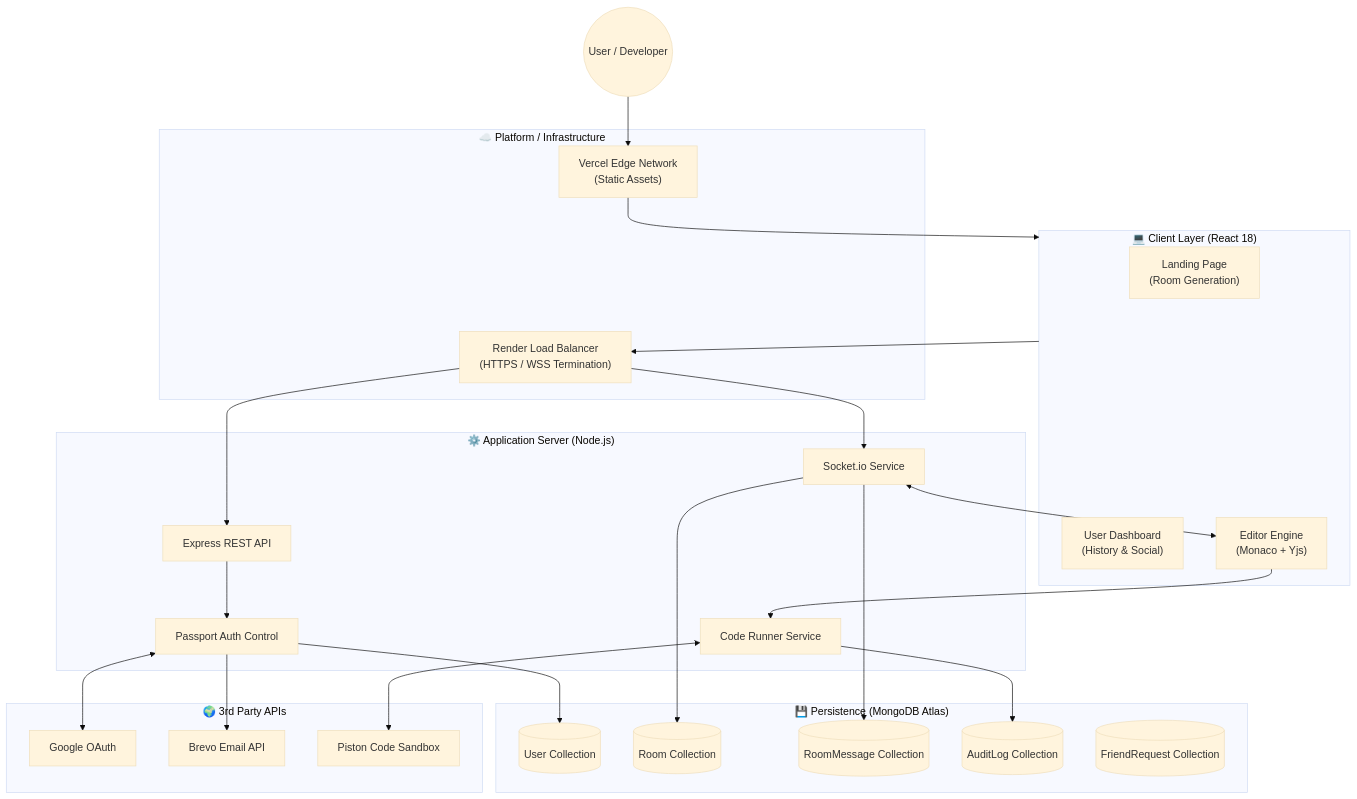
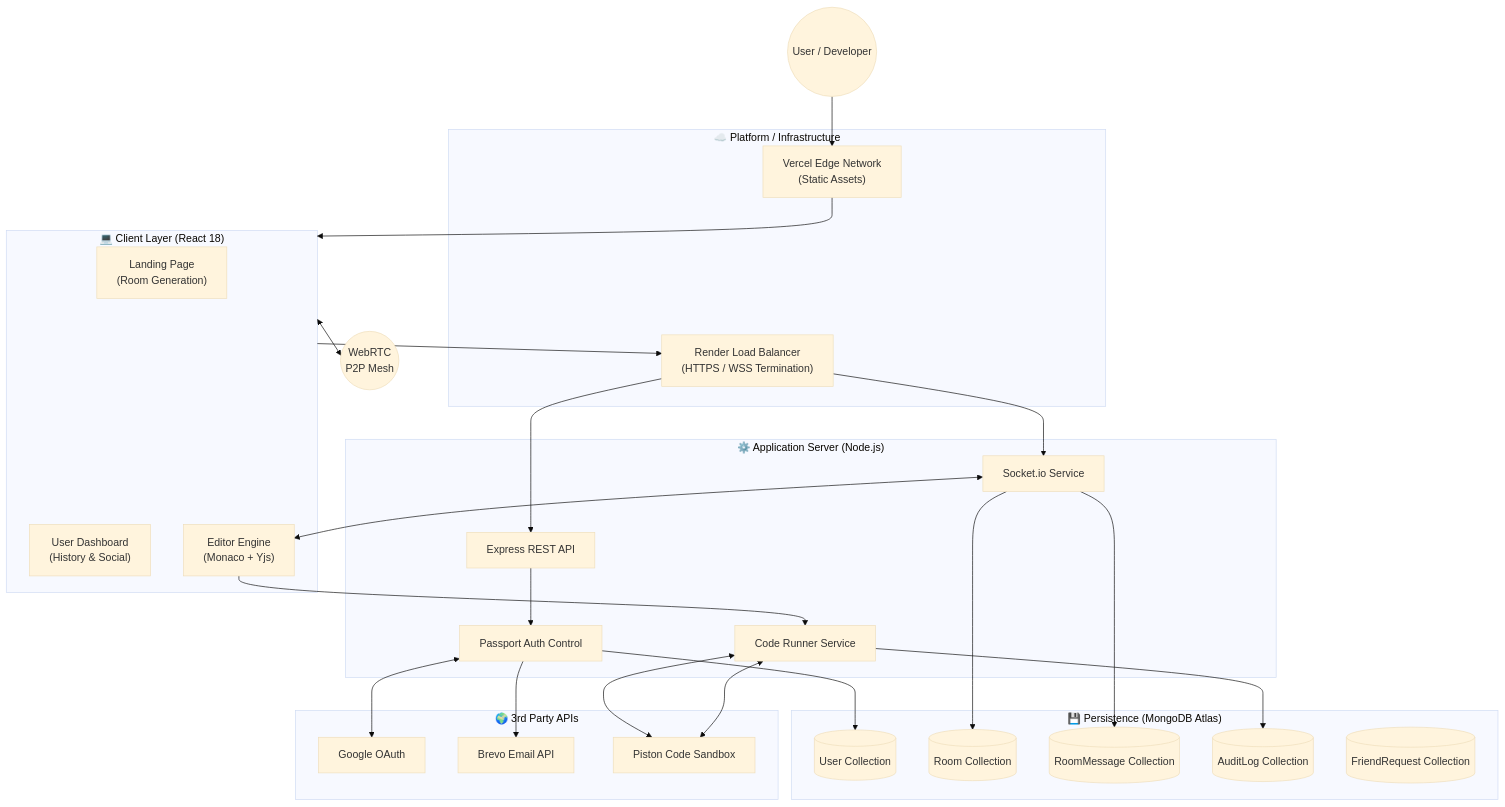
One commit to Deep99739/Helio changed the first of 3 diagrams in README.md. Above: the diagram before and after it, drawn with Mermaid (base theme). The commit also changed other lines of this file, not shown here.

Commit message:
docs: update README with WebRTC, Theming, and Auto-Complete features

````diff
--- a/README.md
+++ b/README.md
@@ -42,56 +52,60 @@
 ```mermaid
 graph TD
     user((User / Developer))
     
     subgraph Client_Layer ["💻 Client Layer (React 18)"]
         Landing["Landing Page\n(Room Generation)"]
         Dashboard["User Dashboard\n(History & Social)"]
         Editor["Editor Engine\n(Monaco + Yjs)"]
     end
     
     subgraph Platform_Layer ["☁️ Platform / Infrastructure"]
         LB["Render Load Balancer\n(HTTPS / WSS Termination)"]
         CDN["Vercel Edge Network\n(Static Assets)"]
     end
     
     subgraph Server_Layer ["⚙️ Application Server (Node.js)"]
         API["Express REST API"]
         Socket["Socket.io Service"]
         Auth["Passport Auth Control"]
         Exec["Code Runner Service"]
     end
     
     subgraph Data_Layer ["💾 Persistence (MongoDB Atlas)"]
         Users[(User Collection)]
         Rooms[(Room Collection)]
         Chats[(RoomMessage Collection)]
         Logs[(AuditLog Collection)]
         Friends[(FriendRequest Collection)]
     end
     
     subgraph External_Services ["🌍 3rd Party APIs"]
         Google[Google OAuth]
         Brevo[Brevo Email API]
         Piston[Piston Code Sandbox]
     end
 
     %% Flows
     user --> CDN
     CDN --> Client_Layer
     Client_Layer --> LB
     LB --> API
     LB --> Socket
     
     API --> Auth
     Auth --> Users
     Auth <--> Google
     Auth --> Brevo
     
     Socket <--> Editor
     Socket --> Rooms
     Socket --> Chats
     
     Editor --> Exec
     Exec <--> Piston
+    Exec <--> Piston
     Exec --> Logs
+
+    %% WebRTC P2P Flow
+    Client_Layer <--> Mesh((WebRTC\nP2P Mesh))
 ```
````
